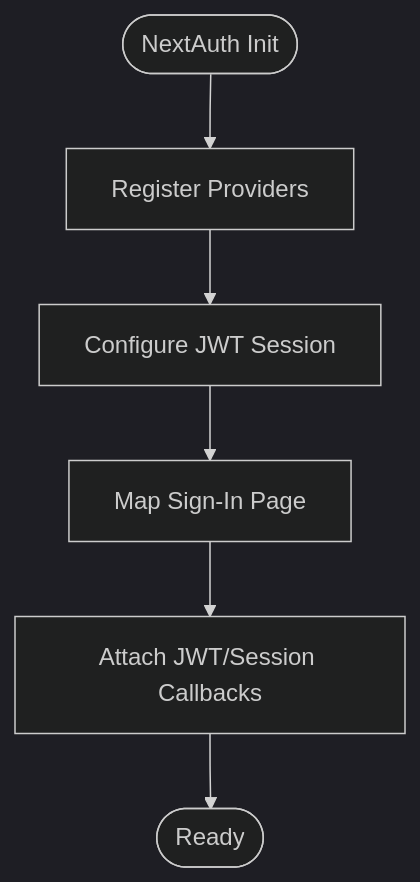
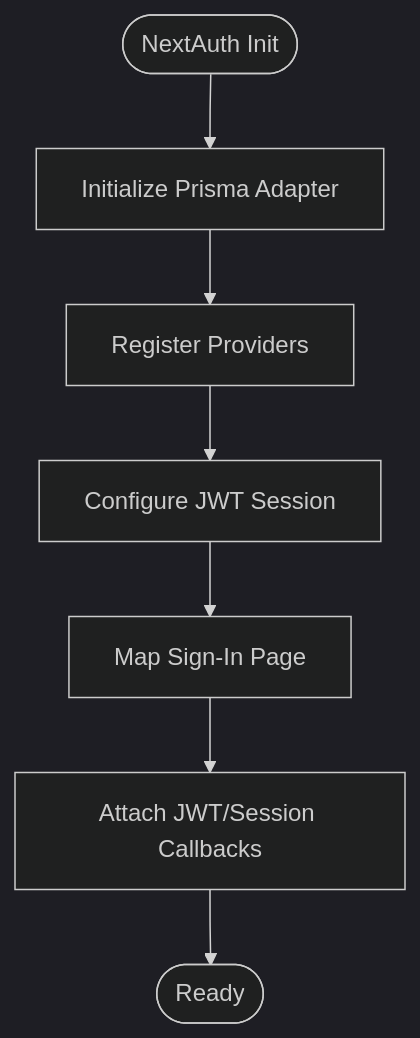
Before and after one commit to AlexKutz/math-app-next-js: the third of 6 diagrams in .qoder/repowiki/en/content/Authentication & Authorization.md, drawn with Mermaid (dark theme). The commit also changed other lines of this file and 9 other files, not shown here.

````diff
--- a/.qoder/repowiki/en/content/Authentication & Authorization.md
+++ b/.qoder/repowiki/en/content/Authentication & Authorization.md
@@ -182,8 +201,9 @@
 ```mermaid
 flowchart TD
-Start(["NextAuth Init"]) --> Providers["Register Providers"]
+Start(["NextAuth Init"]) --> Adapter["Initialize Prisma Adapter"]
+Adapter --> Providers["Register Providers"]
 Providers --> Strategy["Configure JWT Session"]
 Strategy --> Pages["Map Sign-In Page"]
 Pages --> Callbacks["Attach JWT/Session Callbacks"]
 Callbacks --> Ready(["Ready"])
 ```
````
